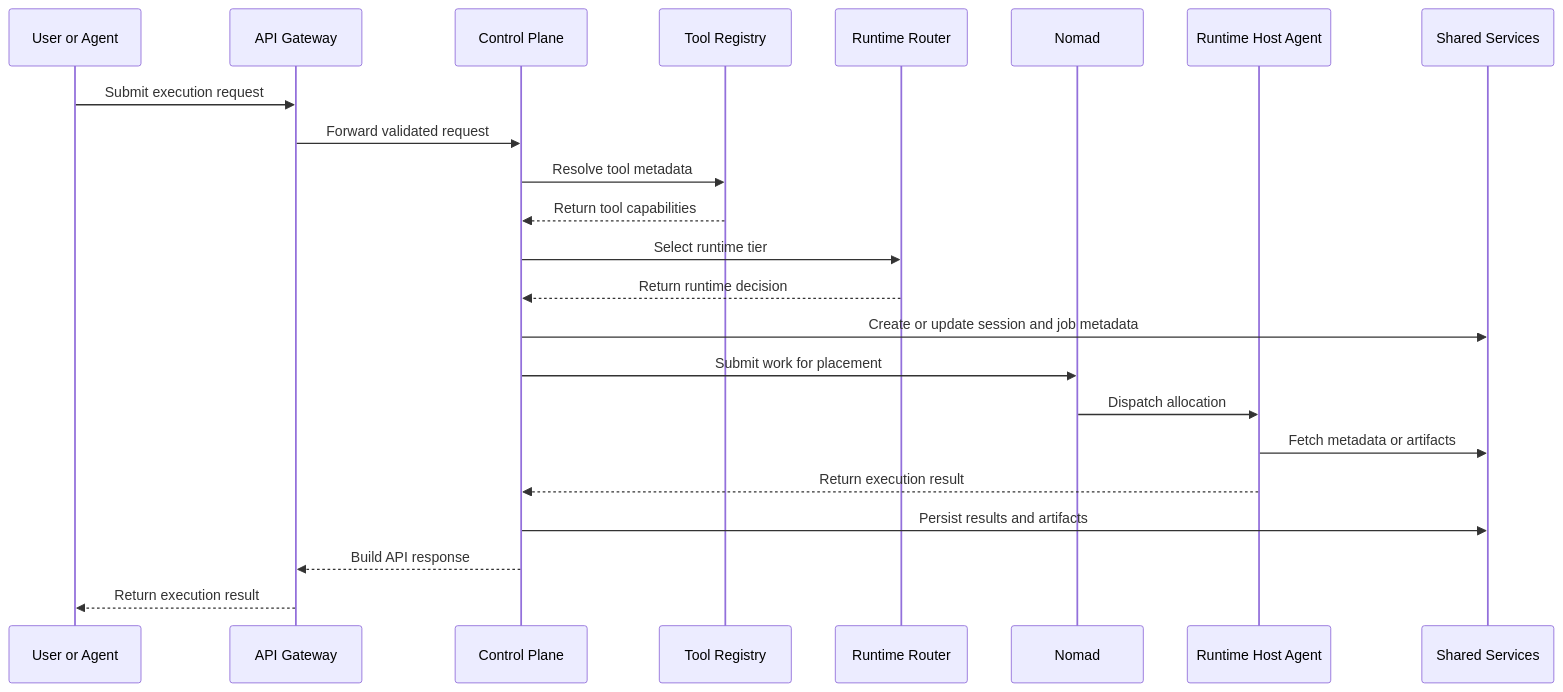
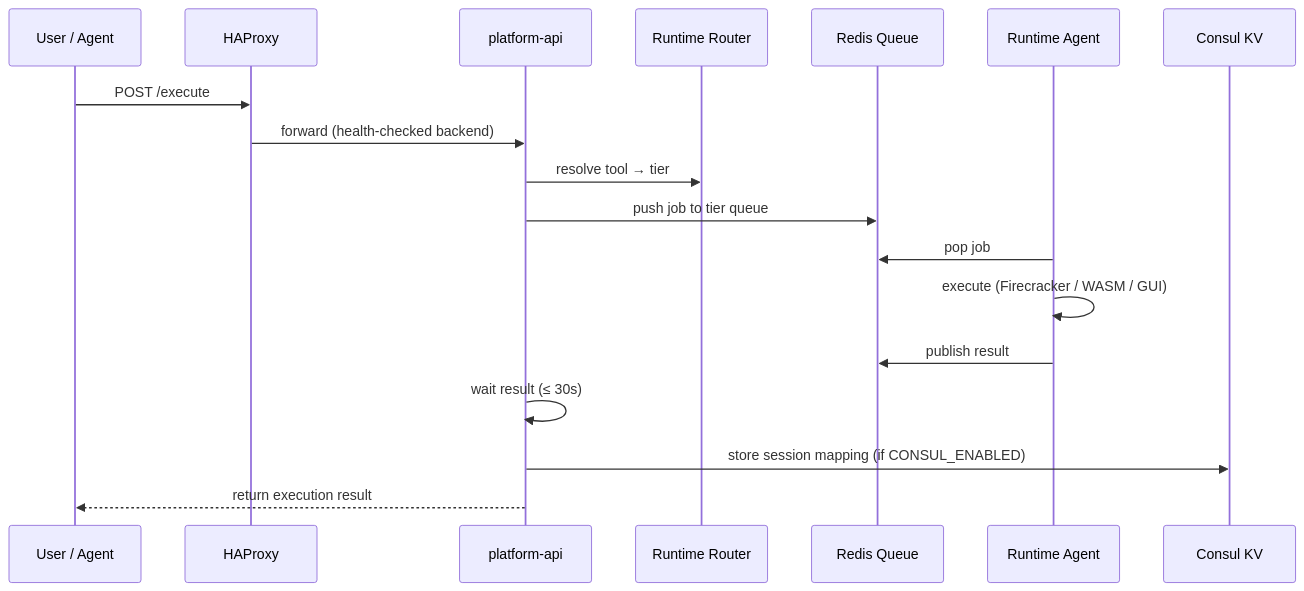
Before and after one commit to anasrudin/platform-docs: the second of 2 diagrams in docs/architecture/system-overview.md, drawn with Mermaid. The commit also changed other lines of this file and 8 other files, not shown here.

````diff
--- a/docs/architecture/system-overview.md
+++ b/docs/architecture/system-overview.md
@@ -65,26 +76,21 @@
 ```mermaid
 sequenceDiagram
-    participant U as User or Agent
-    participant A as API Gateway
-    participant C as Control Plane
-    participant T as Tool Registry
+    participant U as User / Agent
+    participant LB as HAProxy
+    participant API as platform-api
     participant R as Runtime Router
-    participant N as Nomad
-    participant H as Runtime Host Agent
-    participant S as Shared Services
+    participant Q as Redis Queue
+    participant AG as Runtime Agent
+    participant CS as Consul KV
 
-    U->>A: Submit execution request
-    A->>C: Forward validated request
-    C->>T: Resolve tool metadata
-    T-->>C: Return tool capabilities
-    C->>R: Select runtime tier
-    R-->>C: Return runtime decision
-    C->>S: Create or update session and job metadata
-    C->>N: Submit work for placement
-    N->>H: Dispatch allocation
-    H->>S: Fetch metadata or artifacts
-    H-->>C: Return execution result
-    C->>S: Persist results and artifacts
-    C-->>A: Build API response
-    A-->>U: Return execution result
+    U->>LB: POST /execute
+    LB->>API: forward (health-checked backend)
+    API->>R: resolve tool → tier
+    API->>Q: push job to tier queue
+    AG->>Q: pop job
+    AG->>AG: execute (Firecracker / WASM / GUI)
+    AG->>Q: publish result
+    API->>API: wait result (≤ 30s)
+    API->>CS: store session mapping (if CONSUL_ENABLED)
+    API-->>U: return execution result
 ```
````
